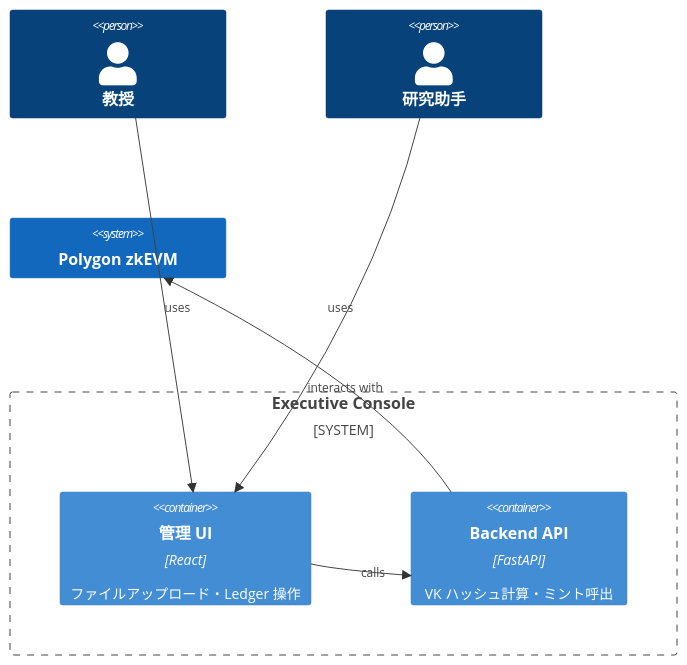
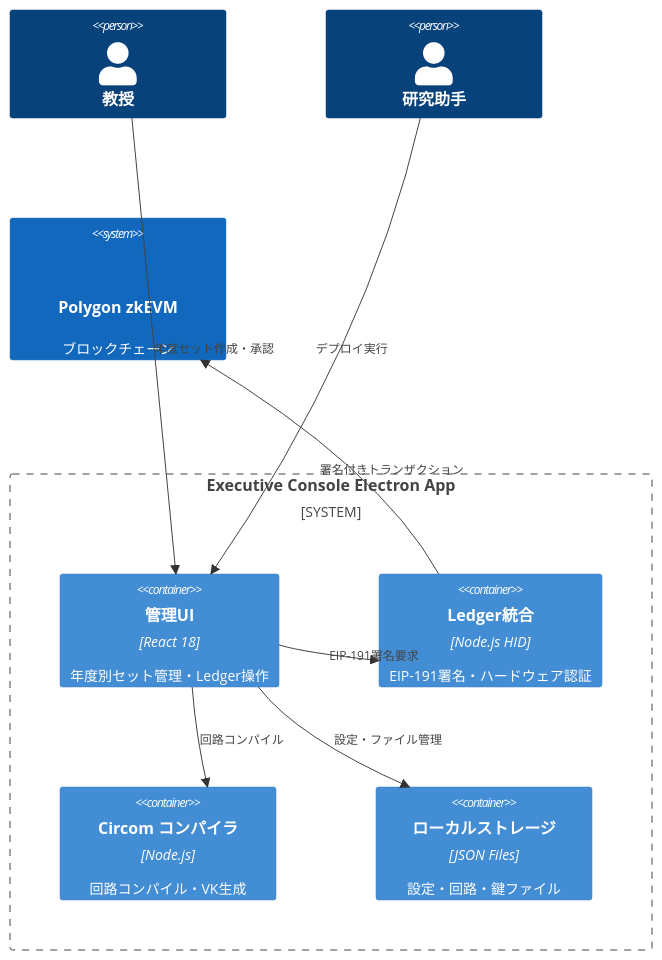
One commit to Blank-Vulture/Tri-CertFramework changed the first of 2 diagrams in documents/ExecutiveConsole/FSD_Executive.md. Above: the diagram before and after it, drawn with Mermaid. The commit also changed other lines of this file and 19 other files, not shown here.

````diff
--- a/documents/ExecutiveConsole/FSD_Executive.md
+++ b/documents/ExecutiveConsole/FSD_Executive.md
@@ -8,14 +7,19 @@
 ```mermaid
 C4Context
-Person(Professor,"教授")
-Person(Assistant,"研究助手")
-System_Boundary(Exec,"Executive Console"){
-  Container(UI,"管理 UI","React","ファイルアップロード・Ledger 操作")
-  Container(API,"Backend API","FastAPI","VK ハッシュ計算・ミント呼出")
+Person(Professor, "教授")
+Person(Assistant, "研究助手")
+System_Boundary(EC, "Executive Console Electron App") {
+  Container(UI, "管理UI", "React 18", "年度別セット管理・Ledger操作")
+  Container(Ledger, "Ledger統合", "Node.js HID", "EIP-191署名・ハードウェア認証")
+  Container(Compiler, "Circom コンパイラ", "Node.js", "回路コンパイル・VK生成")
+  Container(Storage, "ローカルストレージ", "JSON Files", "設定・回路・鍵ファイル")
 }
-System(zkevm,"Polygon zkEVM")
-Rel(Professor, UI, "uses")
-Rel(Assistant, UI, "uses")
-Rel(UI, API, "calls")
-Rel(API, zkevm, "interacts with")
+System(zkEVM, "Polygon zkEVM", "ブロックチェーン", "年度別NFT・スマートコントラクト")
+
+Rel(Professor, UI, "年度セット作成・承認")
+Rel(Assistant, UI, "デプロイ実行")
+Rel(UI, Ledger, "EIP-191署名要求")
+Rel(UI, Compiler, "回路コンパイル")
+Rel(UI, Storage, "設定・ファイル管理")
+Rel(Ledger, zkEVM, "署名付きトランザクション")
 ```
````
